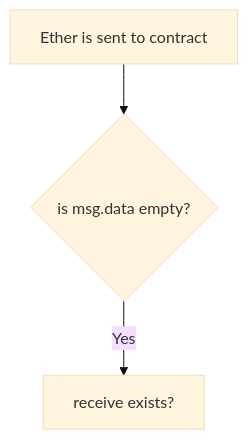
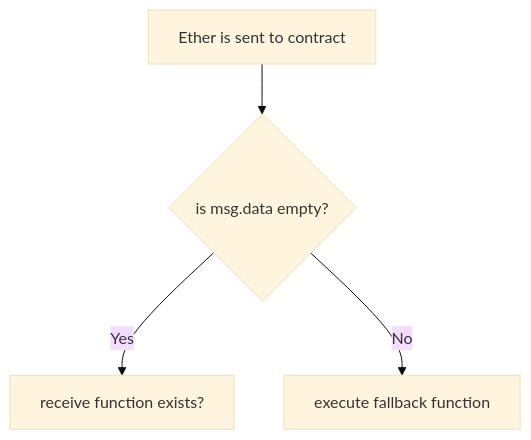
One commit to WeiYun0912/SmartContracts changed the diagram in README.md. Above: the diagram before and after it, drawn with Mermaid (base theme).

````diff
--- a/README.md
+++ b/README.md
@@ -7,6 +7,6 @@
 ```mermaid
   flowchart TD
       A[Ether is sent to contract]-->B{is msg.data empty?};
-      B -- Yes --> C[receive exists?];
-  
+      B -- Yes --> C[receive function exists?];
+      B -- No --> D[execute fallback function];
 ```
````
